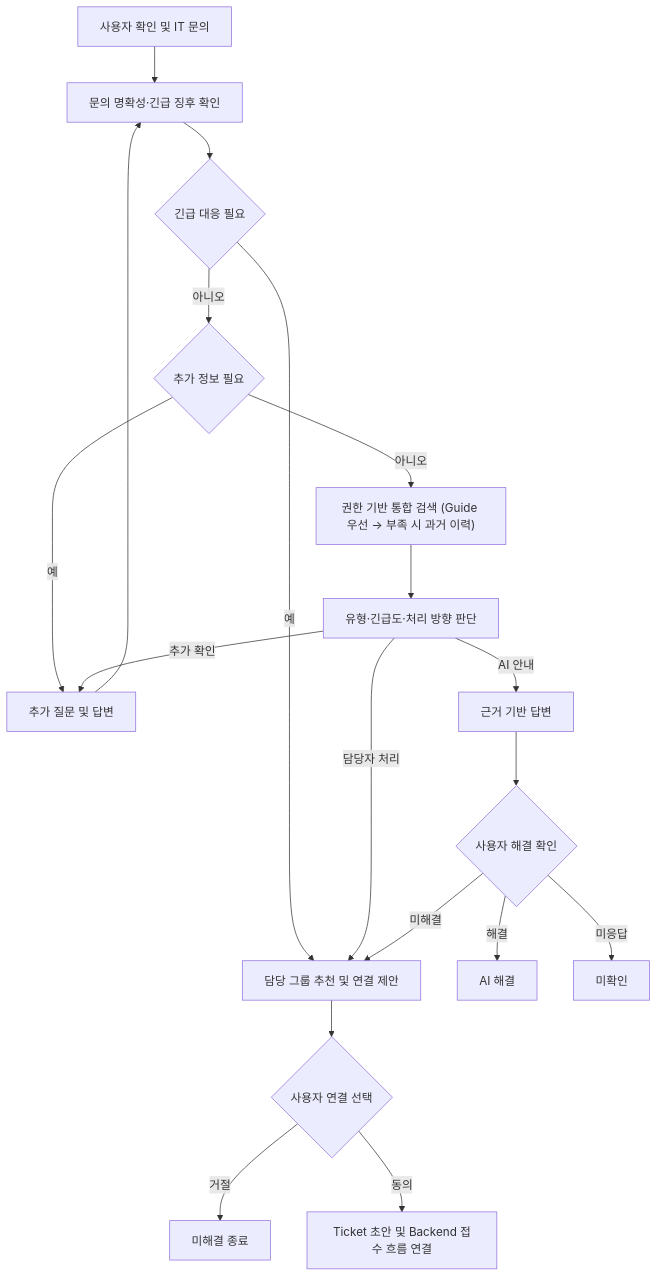
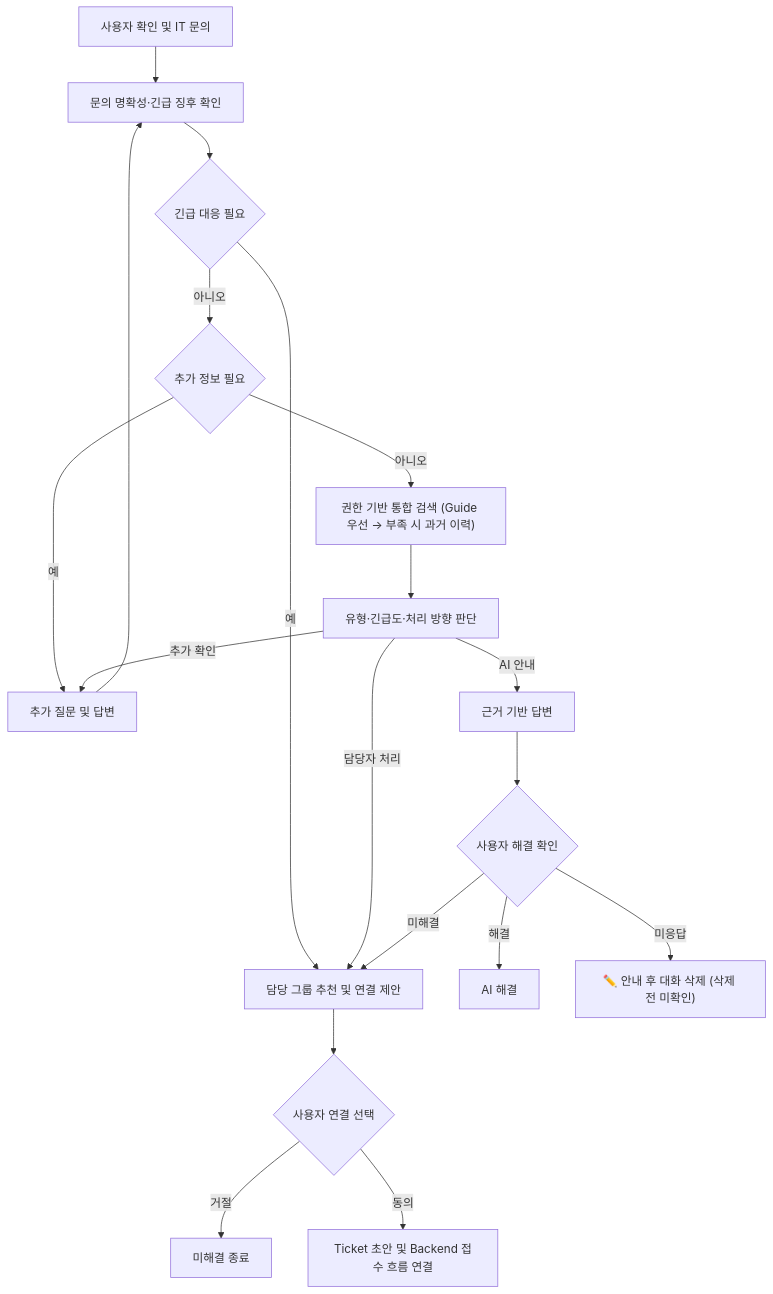
One commit to issue-helpdesk/issue-helpdesk changed the second of 5 diagrams in docs/04.시스템_설계서.md. Above: the diagram before and after it, drawn with Mermaid. The commit also changed other lines of this file and 4 other files, not shown here.

````diff
--- a/docs/04.시스템_설계서.md
+++ b/docs/04.시스템_설계서.md
@@ -275,25 +275,25 @@
 ```mermaid
 flowchart TD
     A["사용자 확인 및 IT 문의"] --> B["문의 명확성·긴급 징후 확인"]
     B --> C{"긴급 대응 필요"}
 
     C -- 예 --> H["담당 그룹 추천 및 연결 제안"]
     C -- 아니오 --> D{"추가 정보 필요"}
     D -- 예 --> E["추가 질문 및 답변"]
     E --> B
     D -- 아니오 --> F["권한 기반 통합 검색 (Guide 우선 → 부족 시 과거 이력)"]
     F --> G["유형·긴급도·처리 방향 판단"]
 
     G -- 추가 확인 --> E
     G -- AI 안내 --> I["근거 기반 답변"]
     G -- 담당자 처리 --> H
 
     I --> J{"사용자 해결 확인"}
     J -- 해결 --> K["AI 해결"]
     J -- 미해결 --> H
-    J -- 미응답 --> L["미확인"]
+    J -- 미응답 --> L["✏️ 안내 후 대화 삭제 (삭제 전 미확인)"]
 
     H --> M{"사용자 연결 선택"}
     M -- 거절 --> N["미해결 종료"]
     M -- 동의 --> O["Ticket 초안 및 Backend 접수 흐름 연결"]
 ```
````
